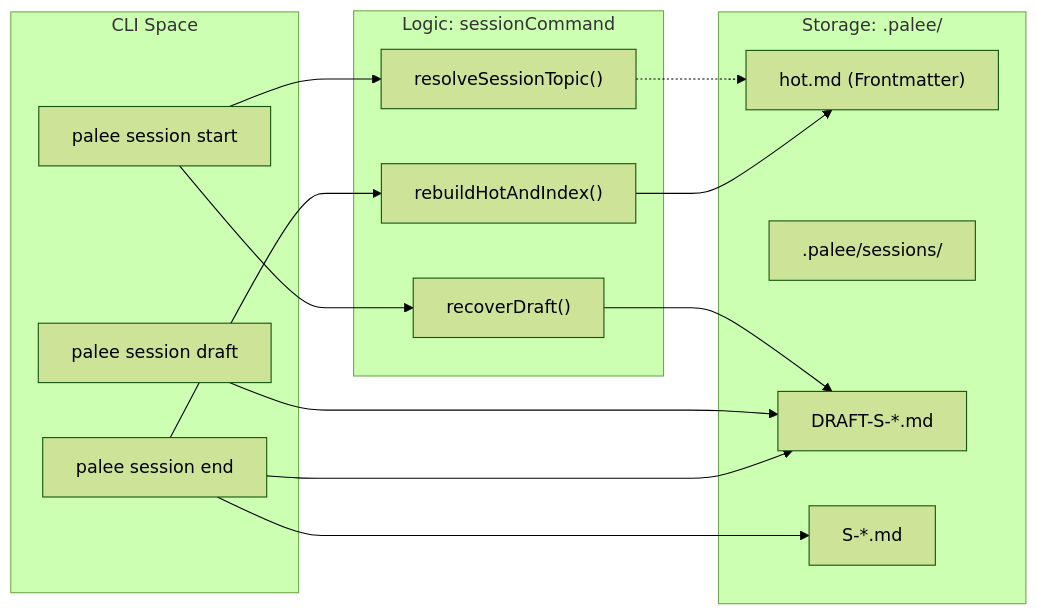
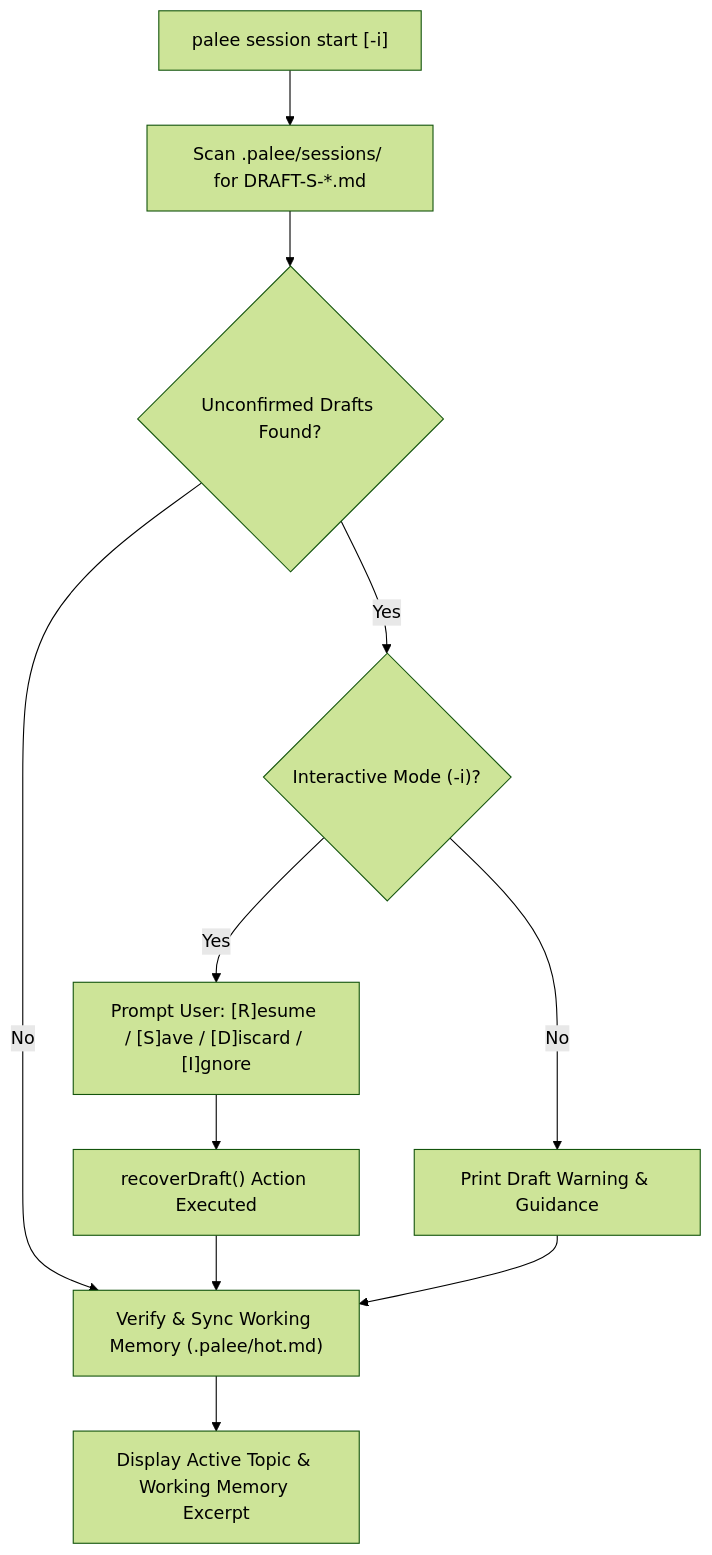
Before and after one commit to Kuldeep2822k/cli: the diagram in docs/02-4-session-management-command.md, drawn with Mermaid (forest theme). The commit also changed other lines of this file and 27 other files, not shown here.

````diff
--- a/docs/02-4-session-management-command.md
+++ b/docs/02-4-session-management-command.md
@@ -39,28 +51,17 @@
 ```mermaid
-flowchart LR
-    subgraph subGraph2 ["Storage: .palee/"]
-        HOT_MD["hot.md (Frontmatter)"]
-        SESS_DIR[".palee/sessions/"]
-        DRAFT_FILE["DRAFT-S-*.md"]
-        SESS_FILE["S-*.md"]
-    end
-    subgraph subGraph1 ["Logic: sessionCommand"]
-        RES["resolveSessionTopic()"]
-        REC["recoverDraft()"]
-        HOT["rebuildHotAndIndex()"]
-    end
-    subgraph subGraph0 ["CLI Space"]
-        START["palee session start"]
-        DRAFT["palee session draft"]
-        END["palee session end"]
-    end
-    START --> RES
-    RES -.-> HOT_MD
-    START --> REC
-    REC --> DRAFT_FILE
-    DRAFT --> DRAFT_FILE
-    END --> SESS_FILE
-    END --> DRAFT_FILE
-    END --> HOT
-    HOT --> HOT_MD
+flowchart TD
+    StartCmd["palee session start [-i]"] --> ScanDrafts["Scan .palee/sessions/ for DRAFT-S-*.md"]
+    
+    ScanDrafts --> HasDrafts{"Unconfirmed Drafts Found?"}
+    HasDrafts -->|"No"| SyncHot["Verify & Sync Working Memory (.palee/hot.md)"]
+    
+    HasDrafts -->|"Yes"| InterCheck{"Interactive Mode (-i)?"}
+    InterCheck -->|"No"| WarnDraft["Print Draft Warning & Guidance"]
+    InterCheck -->|"Yes"| PromptRecovery["Prompt User: [R]esume / [S]ave / [D]iscard / [I]gnore"]
+    
+    PromptRecovery --> ExecuteAction["recoverDraft() Action Executed"]
+    ExecuteAction --> SyncHot
+    WarnDraft --> SyncHot
+    
+    SyncHot --> PrintHot["Display Active Topic & Working Memory Excerpt"]
 ```
````
